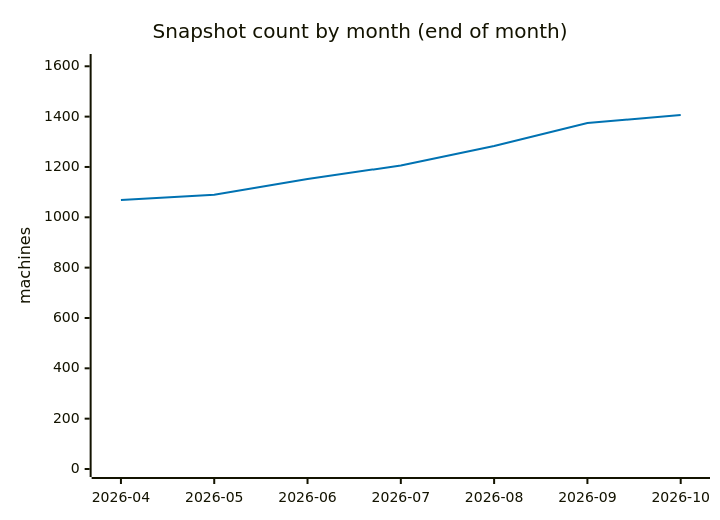
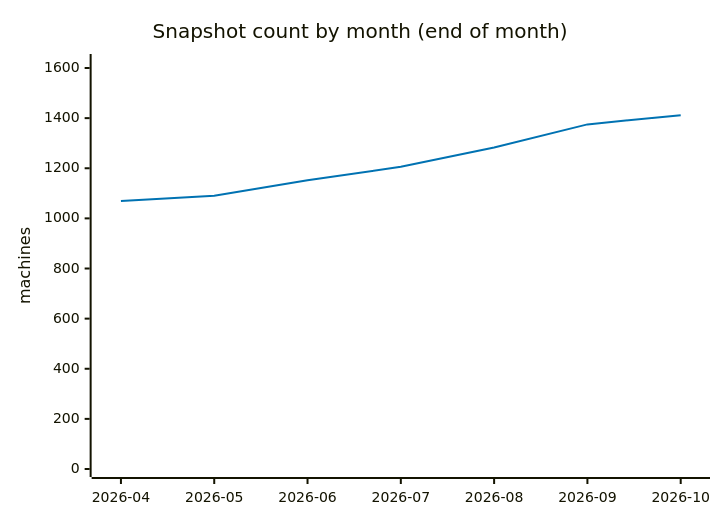
Before and after one commit to cheeaun/returnright-data: the fourth of 5 diagrams in ANALYSIS.md, drawn with Mermaid. The commit also changed other lines of this file and 4 other files, not shown here.

````diff
--- a/ANALYSIS.md
+++ b/ANALYSIS.md
@@ -247,13 +247,13 @@
 ```mermaid
 ---
 config:
   themeVariables:
     xyChart:
       plotColorPalette: "#0072B2"
 ---
 xychart-beta
     title "Snapshot count by month (end of month)"
     x-axis ["2026-04", "2026-05", "2026-06", "2026-07", "2026-08", "2026-09", "2026-10"]
-    y-axis "machines" 0 --> 1617
-    line [1069, 1090, 1152, 1206, 1283, 1375, 1406]
+    y-axis "machines" 0 --> 1624
+    line [1069, 1090, 1152, 1206, 1283, 1375, 1412]
 ```
````
